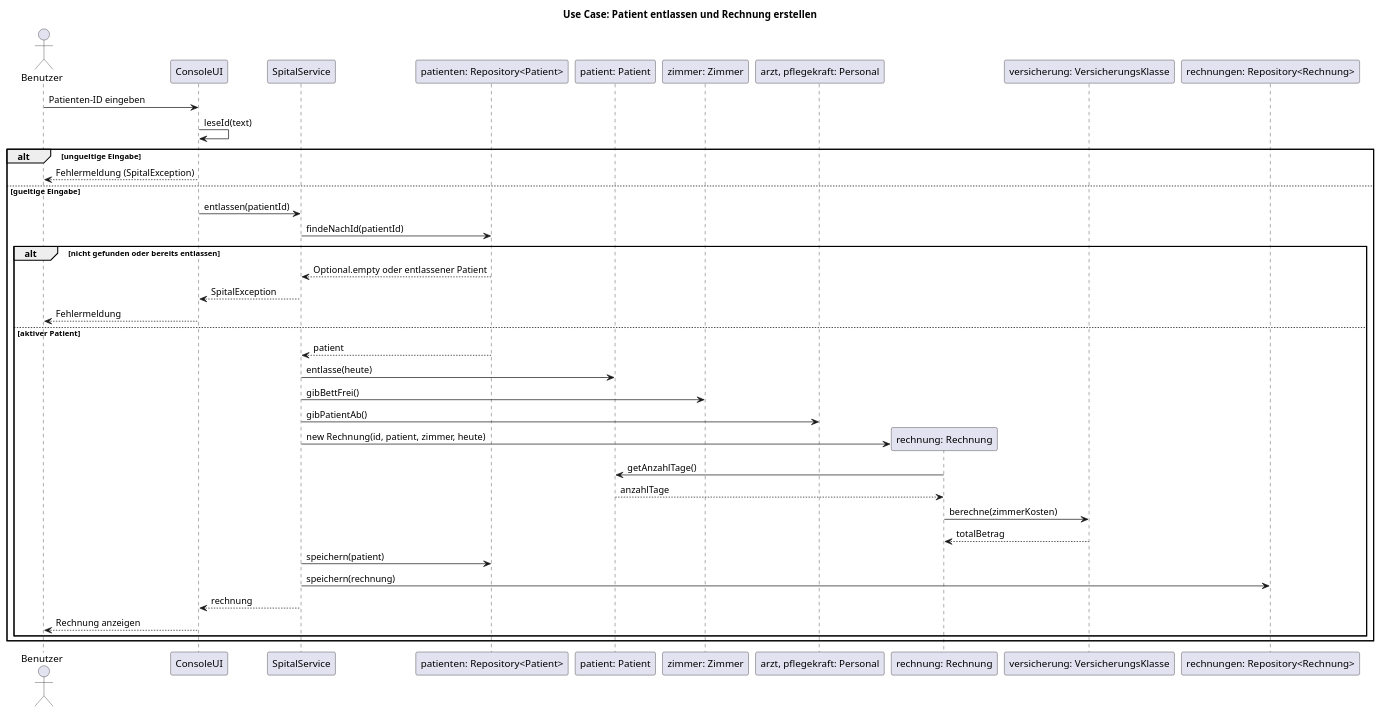
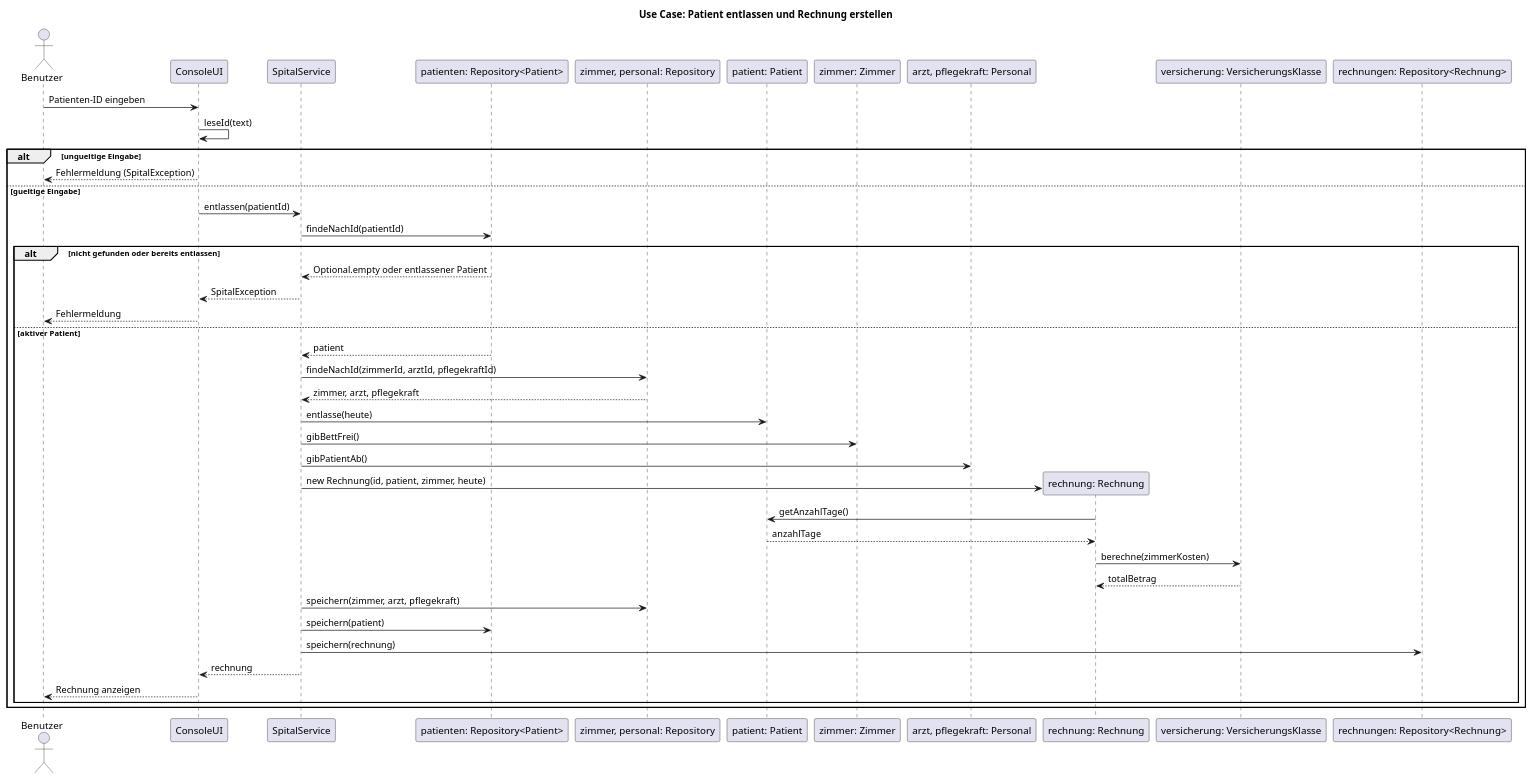
One commit to Chime456/M320_OOP changed the fourth of 4 diagrams in M4_Spital/Kompetenznachweis.md. Above: the diagram before and after it, drawn with PlantUML. The commit also changed other lines of this file, not shown here.

Commit message:
M4: detailliertes Klassendiagramm, Sequenzdiagramm und Doku nachgefuehrt

````diff
--- a/M4_Spital/Kompetenznachweis.md
+++ b/M4_Spital/Kompetenznachweis.md
@@ -284,46 +490,50 @@
 ```plantuml
 @startuml
 title Use Case: Patient entlassen und Rechnung erstellen
 
 actor Benutzer
 participant ConsoleUI
 participant SpitalService
 participant "patienten: Repository<Patient>" as Patienten
+participant "zimmer, personal: Repository" as Stammdaten
 participant "patient: Patient" as Patient
 participant "zimmer: Zimmer" as Zimmer
 participant "arzt, pflegekraft: Personal" as Personal
 participant "rechnung: Rechnung" as Rechnung
 participant "versicherung: VersicherungsKlasse" as Versicherung
 participant "rechnungen: Repository<Rechnung>" as Rechnungen
 
 Benutzer -> ConsoleUI : Patienten-ID eingeben
 ConsoleUI -> ConsoleUI : leseId(text)
 
 alt ungueltige Eingabe
   ConsoleUI --> Benutzer : Fehlermeldung (SpitalException)
 else gueltige Eingabe
   ConsoleUI -> SpitalService : entlassen(patientId)
   SpitalService -> Patienten : findeNachId(patientId)
 
   alt nicht gefunden oder bereits entlassen
     Patienten --> SpitalService : Optional.empty oder entlassener Patient
     SpitalService --> ConsoleUI : SpitalException
     ConsoleUI --> Benutzer : Fehlermeldung
   else aktiver Patient
     Patienten --> SpitalService : patient
+    SpitalService -> Stammdaten : findeNachId(zimmerId, arztId, pflegekraftId)
+    Stammdaten --> SpitalService : zimmer, arzt, pflegekraft
     SpitalService -> Patient : entlasse(heute)
     SpitalService -> Zimmer : gibBettFrei()
     SpitalService -> Personal : gibPatientAb()
     SpitalService -> Rechnung ** : new Rechnung(id, patient, zimmer, heute)
     Rechnung -> Patient : getAnzahlTage()
     Patient --> Rechnung : anzahlTage
     Rechnung -> Versicherung : berechne(zimmerKosten)
     Versicherung --> Rechnung : totalBetrag
+    SpitalService -> Stammdaten : speichern(zimmer, arzt, pflegekraft)
     SpitalService -> Patienten : speichern(patient)
     SpitalService -> Rechnungen : speichern(rechnung)
     SpitalService --> ConsoleUI : rechnung
     ConsoleUI --> Benutzer : Rechnung anzeigen
   end
 end
 @enduml
 ```
````
